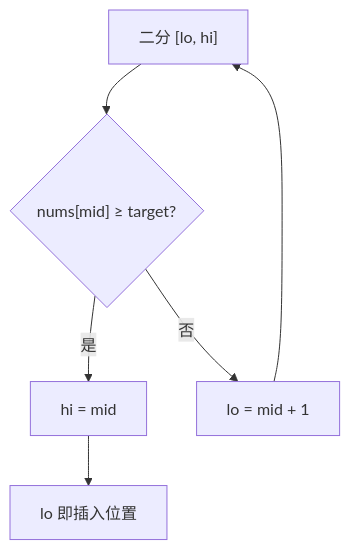
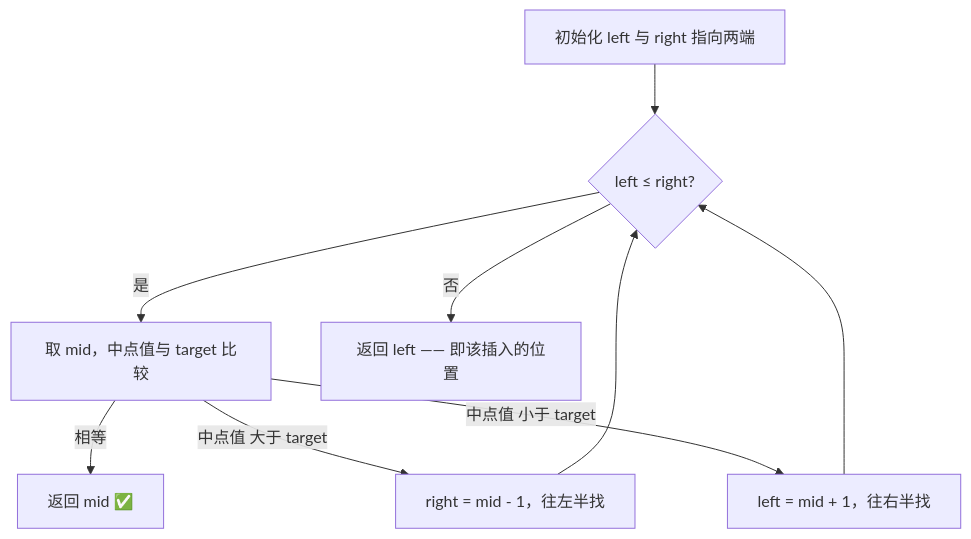
Before and after one commit to OctalZero/hot100-py: the first of 2 diagrams in 12-二分查找/0035-搜索插入位置.md, drawn with Mermaid. The commit also changed other lines of this file and 117 other files, not shown here.

First line of the commit message:
feat: 全题解配图升级为「动画式 mermaid」（总览骨架 + 横向时间线逐步推演）

````diff
--- a/12-二分查找/0035-搜索插入位置.md
+++ b/12-二分查找/0035-搜索插入位置.md
@@ -22,8 +22,11 @@
 ```mermaid
 flowchart TD
-    A["二分 [lo, hi]"] --> B{"nums[mid] ≥ target?"}
-    B -- "是" --> C["hi = mid"]
-    B -- "否" --> D["lo = mid + 1"]
-    C --> E["lo 即插入位置"]
-    D --> A
+    A["初始化 left 与 right 指向两端"] --> B{"left ≤ right?"}
+    B -->|"是"| C["取 mid，中点值与 target 比较"]
+    C -->|"相等"| R["返回 mid ✅"]
+    C -->|"中点值 大于 target"| D["right = mid - 1，往左半找"]
+    C -->|"中点值 小于 target"| E["left = mid + 1，往右半找"]
+    D --> B
+    E --> B
+    B -->|"否"| F["返回 left —— 即该插入的位置"]
 ```
````
